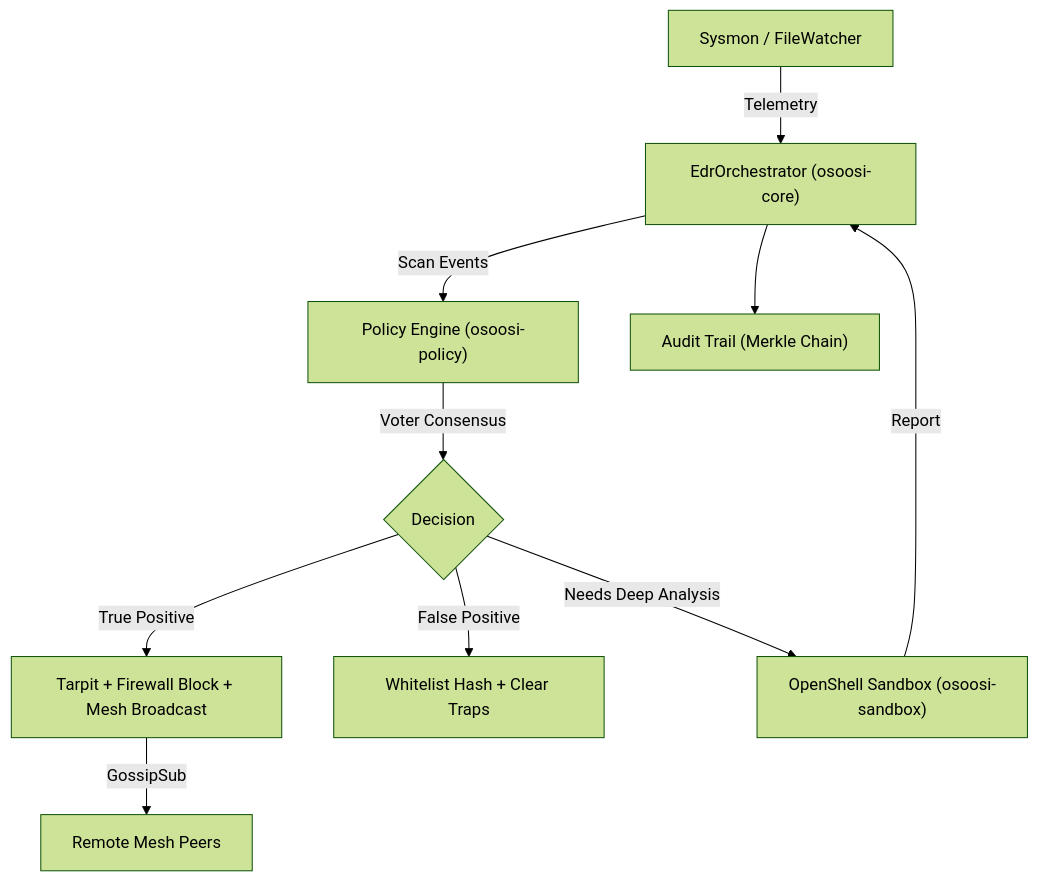
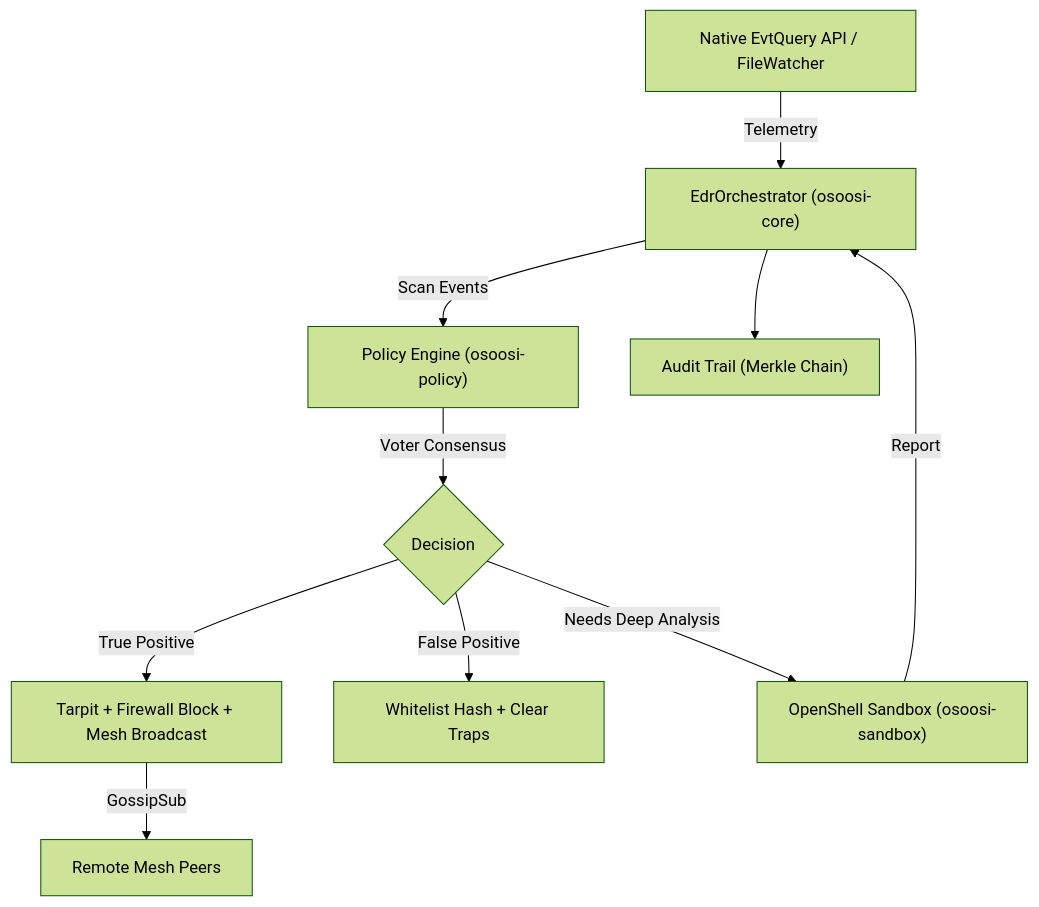
One commit to oyesanyf/OshoosiClaw changed the fifth of 6 diagrams in docs/architecture_and_innovation.md. Above: the diagram before and after it, drawn with Mermaid (forest theme). The commit also changed other lines of this file, not shown here.

Commit message:
Update architecture docs: native EvtQuery, smart AI engine selection, LLM voter rate limiter, think-trace parser

````diff
--- a/docs/architecture_and_innovation.md
+++ b/docs/architecture_and_innovation.md
@@ -141,12 +141,12 @@
 ```mermaid
 graph TD
-    SYS["Sysmon / FileWatcher"] -->|Telemetry| ORCH["EdrOrchestrator (osoosi-core)"]
+    SYS["Native EvtQuery API / FileWatcher"] -->|Telemetry| ORCH["EdrOrchestrator (osoosi-core)"]
     ORCH -->|Scan Events| POL["Policy Engine (osoosi-policy)"]
     POL -->|Voter Consensus| DEC{"Decision"}
     DEC -->|True Positive| TP["Tarpit + Firewall Block + Mesh Broadcast"]
     DEC -->|False Positive| FP["Whitelist Hash + Clear Traps"]
     DEC -->|Needs Deep Analysis| SBX["OpenShell Sandbox (osoosi-sandbox)"]
     SBX -->|Report| ORCH
     TP -->|GossipSub| PEERS["Remote Mesh Peers"]
     ORCH --> AUD["Audit Trail (Merkle Chain)"]
 ```
````
